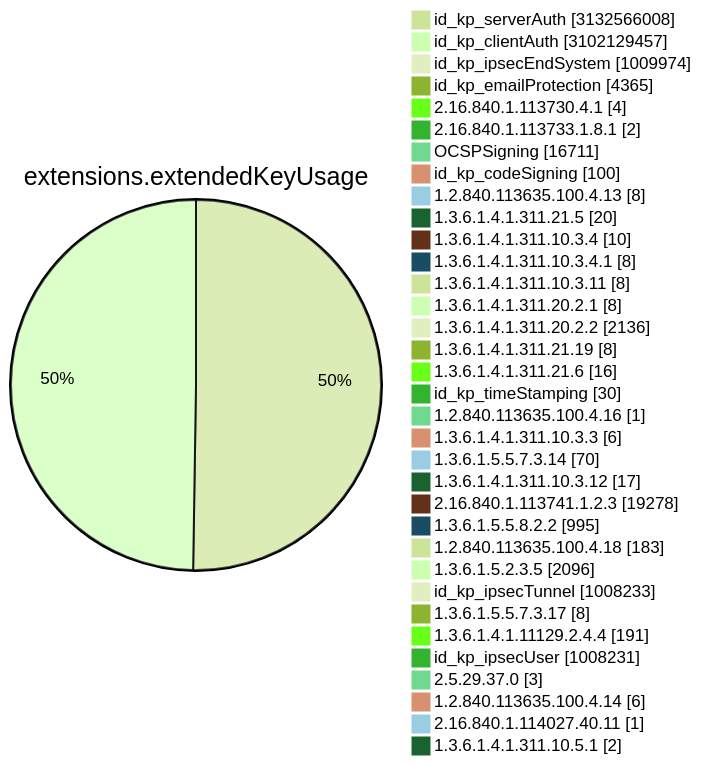
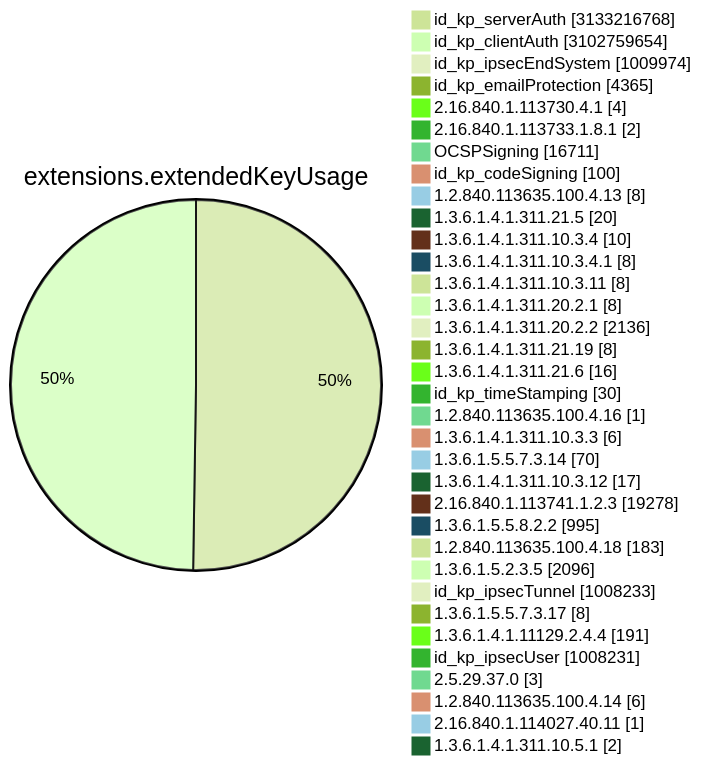
Before and after one commit to christiankrug/ctmonitor_visualization: diagram 11 of 15 in TOTAL/README.md, drawn with Mermaid (forest theme). The commit also changed other lines of this file, not shown here.

````diff
--- a/TOTAL/README.md
+++ b/TOTAL/README.md
@@ -4117,38 +4117,38 @@
 ```mermaid
 pie showData
 title extensions.extendedKeyUsage
-"id_kp_serverAuth" :3132566008
-"id_kp_clientAuth" :3102129457
+"id_kp_serverAuth" :3133216768
+"id_kp_clientAuth" :3102759654
 "id_kp_ipsecEndSystem" :1009974
 "id_kp_emailProtection" :4365
 "2.16.840.1.113730.4.1" :4
 "2.16.840.1.113733.1.8.1" :2
 "OCSPSigning" :16711
 "id_kp_codeSigning" :100
 "1.2.840.113635.100.4.13" :8
 "1.3.6.1.4.1.311.21.5" :20
 "1.3.6.1.4.1.311.10.3.4" :10
 "1.3.6.1.4.1.311.10.3.4.1" :8
 "1.3.6.1.4.1.311.10.3.11" :8
 "1.3.6.1.4.1.311.20.2.1" :8
 "1.3.6.1.4.1.311.20.2.2" :2136
 "1.3.6.1.4.1.311.21.19" :8
 "1.3.6.1.4.1.311.21.6" :16
 "id_kp_timeStamping" :30
 "1.2.840.113635.100.4.16" :1
 "1.3.6.1.4.1.311.10.3.3" :6
 "1.3.6.1.5.5.7.3.14" :70
 "1.3.6.1.4.1.311.10.3.12" :17
 "2.16.840.1.113741.1.2.3" :19278
 "1.3.6.1.5.5.8.2.2" :995
 "1.2.840.113635.100.4.18" :183
 "1.3.6.1.5.2.3.5" :2096
 "id_kp_ipsecTunnel" :1008233
 "1.3.6.1.5.5.7.3.17" :8
 "1.3.6.1.4.1.11129.2.4.4" :191
 "id_kp_ipsecUser" :1008231
 "2.5.29.37.0" :3
 "1.2.840.113635.100.4.14" :6
 "2.16.840.1.114027.40.11" :1
 "1.3.6.1.4.1.311.10.5.1" :2
 ```
````
